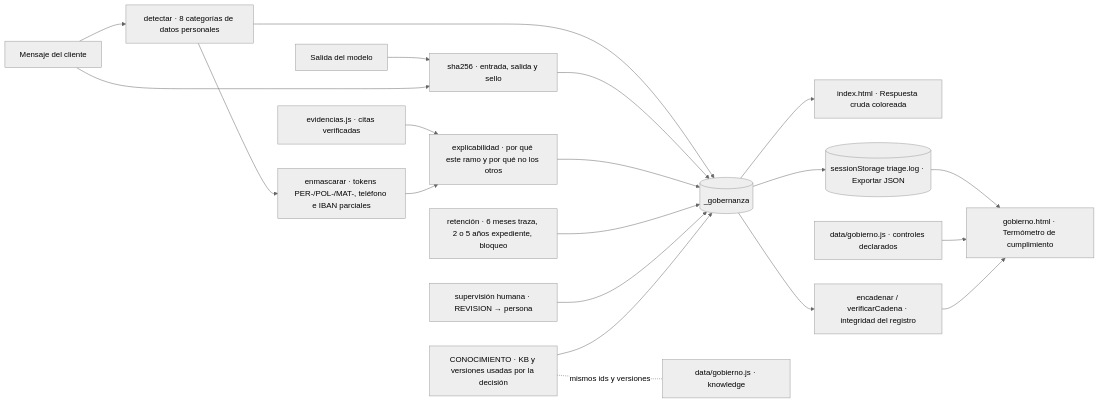
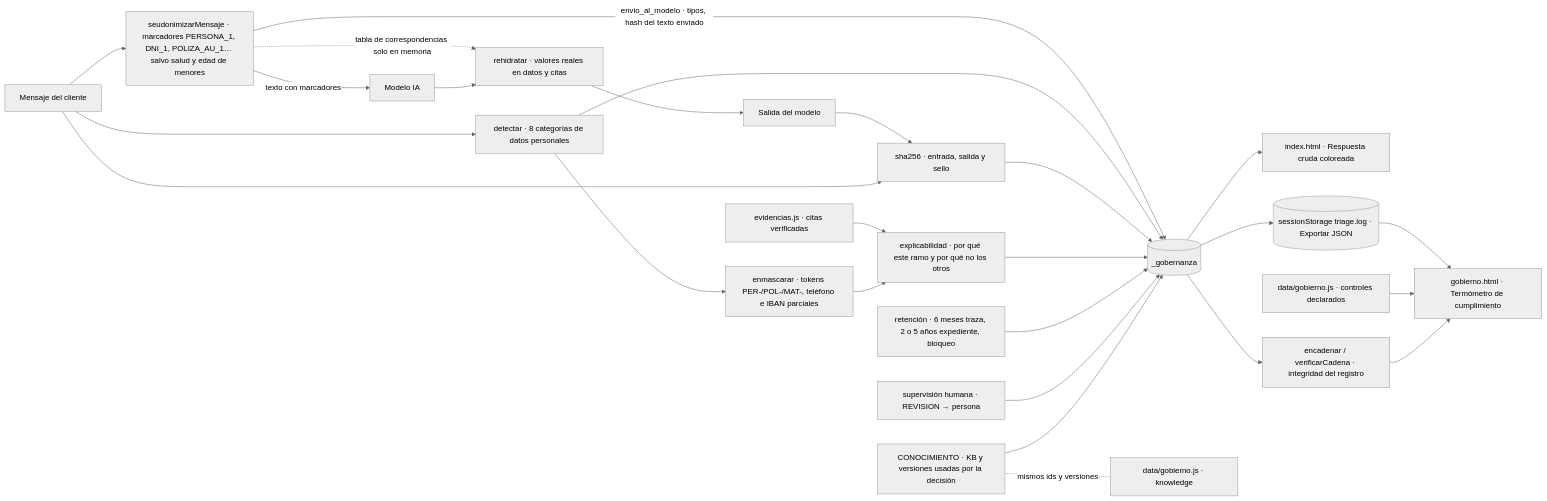
Before and after one commit to nachoenjuto/fnol-triage-v2: the fourth of 4 diagrams in _docs/arquitectura.md, drawn with Mermaid (neutral theme). The commit also changed other lines of this file and 51 other files, not shown here.

````diff
--- a/_docs/arquitectura.md
+++ b/_docs/arquitectura.md
@@ -103,22 +112,28 @@
 ```mermaid
 flowchart LR
   msg[Mensaje del cliente] --> det[detectar · 8 categorías de datos personales]
+  msg --> seud[seudonimizarMensaje · marcadores PERSONA_1, DNI_1, POLIZA_AU_1… salvo salud y edad de menores]
+  seud -->|texto con marcadores| modelo[Modelo IA]
+  seud -. tabla de correspondencias solo en memoria .-> rehid[rehidratar · valores reales en datos y citas]
+  modelo --> rehid
+  rehid --> raw
+  seud -->|envio_al_modelo · tipos, hash del texto enviado| gob
   raw[Salida del modelo] --> hash[sha256 · entrada, salida y sello]
   msg --> hash
   ev[evidencias.js · citas verificadas] --> expl[explicabilidad · por qué este ramo y por qué no los otros]
   det --> masc[enmascarar · tokens PER-/POL-/MAT-, teléfono e IBAN parciales]
   masc --> expl
   det --> gob[(_gobernanza)]
   hash --> gob
   expl --> gob
   ret[retención · 6 meses traza, 2 o 5 años expediente, bloqueo] --> gob
   sup[supervisión humana · REVISION → persona] --> gob
   kbcat[CONOCIMIENTO · KB y versiones usadas por la decisión] --> gob
   kbcat -. mismos ids y versiones .- kbpanel[data/gobierno.js · knowledge]
   gob --> ficha[index.html · Respuesta cruda coloreada]
   gob --> log[(sessionStorage triage.log · Exportar JSON)]
   log --> panel[gobierno.html · Termómetro de cumplimiento]
   decl[data/gobierno.js · controles declarados] --> panel
   gob --> cadena[encadenar / verificarCadena · integridad del registro]
   cadena --> panel
 ```
````
